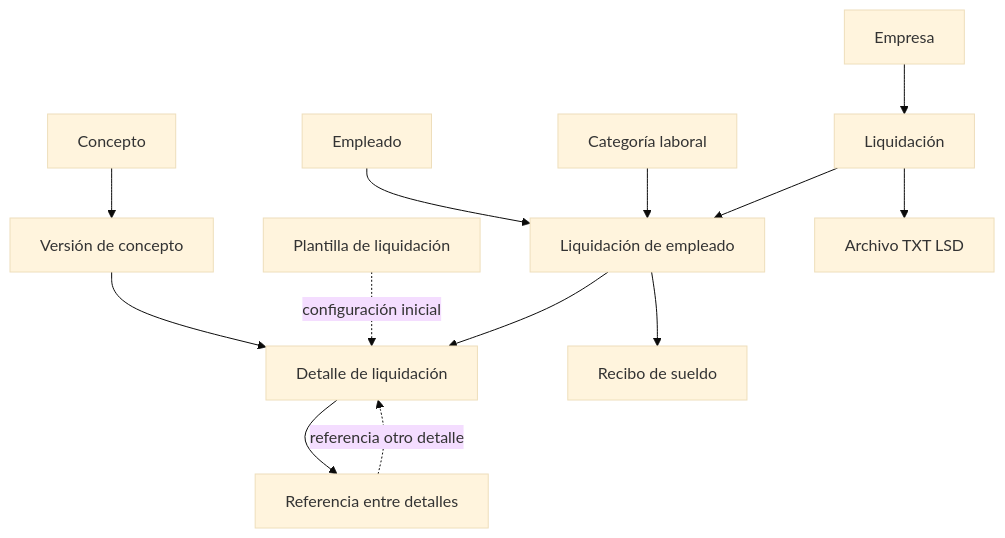
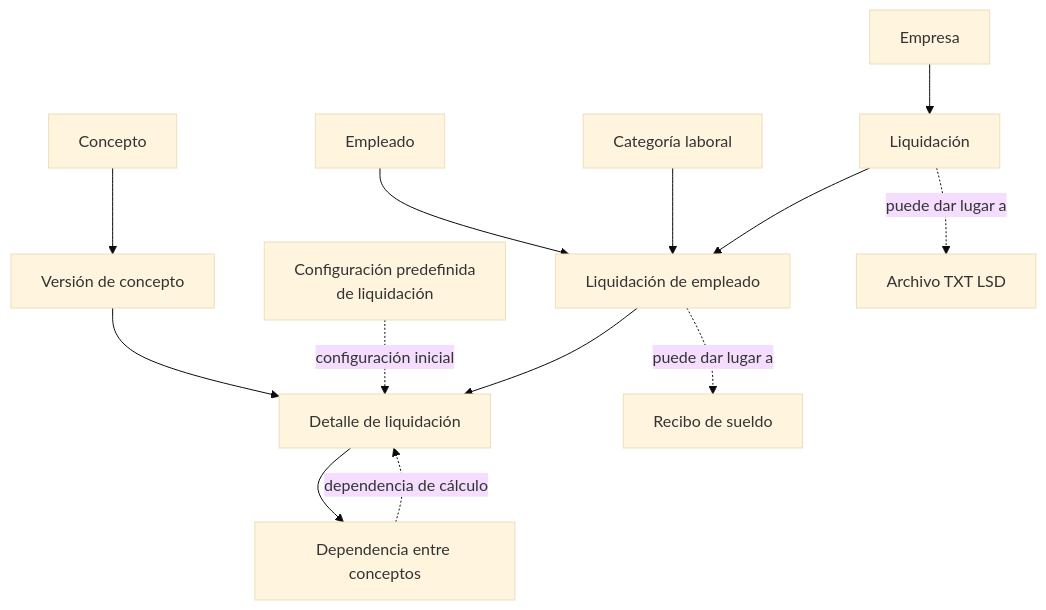
One commit to IgnacioAusili/ms_contable changed the third of 3 diagrams in docs/procesos/PROC-01_liquidar_sueldos.md. Above: the diagram before and after it, drawn with Mermaid (base theme). The commit also changed other lines of this file and 10 other files, not shown here.

````diff
--- a/docs/procesos/PROC-01_liquidar_sueldos.md
+++ b/docs/procesos/PROC-01_liquidar_sueldos.md
@@ -239,44 +282,44 @@
 ```mermaid
 flowchart TB
 
     EMPRESA["Empresa"]
 
     CONCEPTO["Concepto"]
     VERSION["Versión de concepto"]
 
     EMPLEADO["Empleado"]
     CATEGORIA["Categoría laboral"]
 
-    PLANTILLA["Plantilla de liquidación"]
+    PLANTILLA["Configuración predefinida<br/>de liquidación"]
 
     LIQ["Liquidación"]
 
     LIQEMP["Liquidación de empleado"]
 
     DETALLE["Detalle de liquidación"]
 
-    REFERENCIA["Referencia entre detalles"]
+    REFERENCIA["Dependencia entre conceptos"]
 
     RECIBO["Recibo de sueldo"]
 
     LSD["Archivo TXT LSD"]
 
     EMPRESA --> LIQ
 
     CONCEPTO --> VERSION
     VERSION --> DETALLE
 
     EMPLEADO --> LIQEMP
     CATEGORIA --> LIQEMP
 
     LIQ --> LIQEMP
     LIQEMP --> DETALLE
 
     PLANTILLA -. "configuración inicial" .-> DETALLE
 
     DETALLE --> REFERENCIA
-    REFERENCIA -. "referencia otro detalle" .-> DETALLE
+    REFERENCIA -. "dependencia de cálculo" .-> DETALLE
 
-    LIQEMP --> RECIBO
-    LIQ --> LSD
+    LIQEMP -. "puede dar lugar a" .-> RECIBO
+    LIQ -. "puede dar lugar a" .-> LSD
 ```
````
